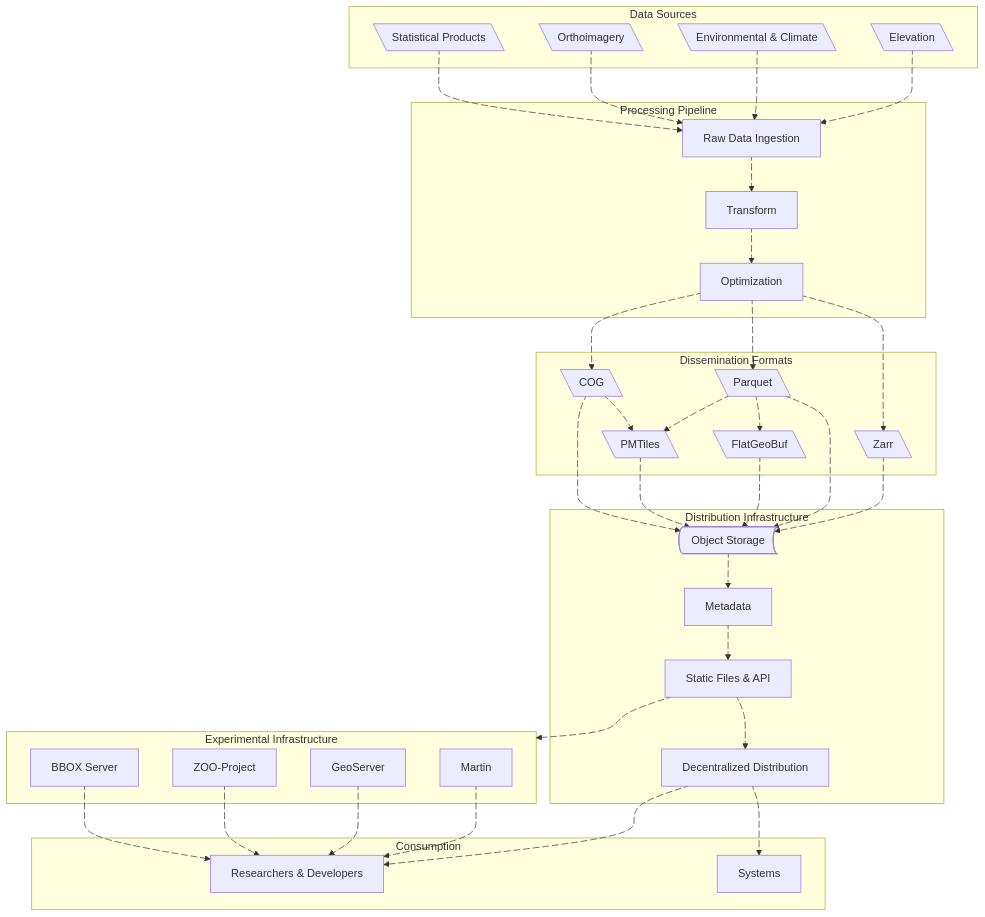
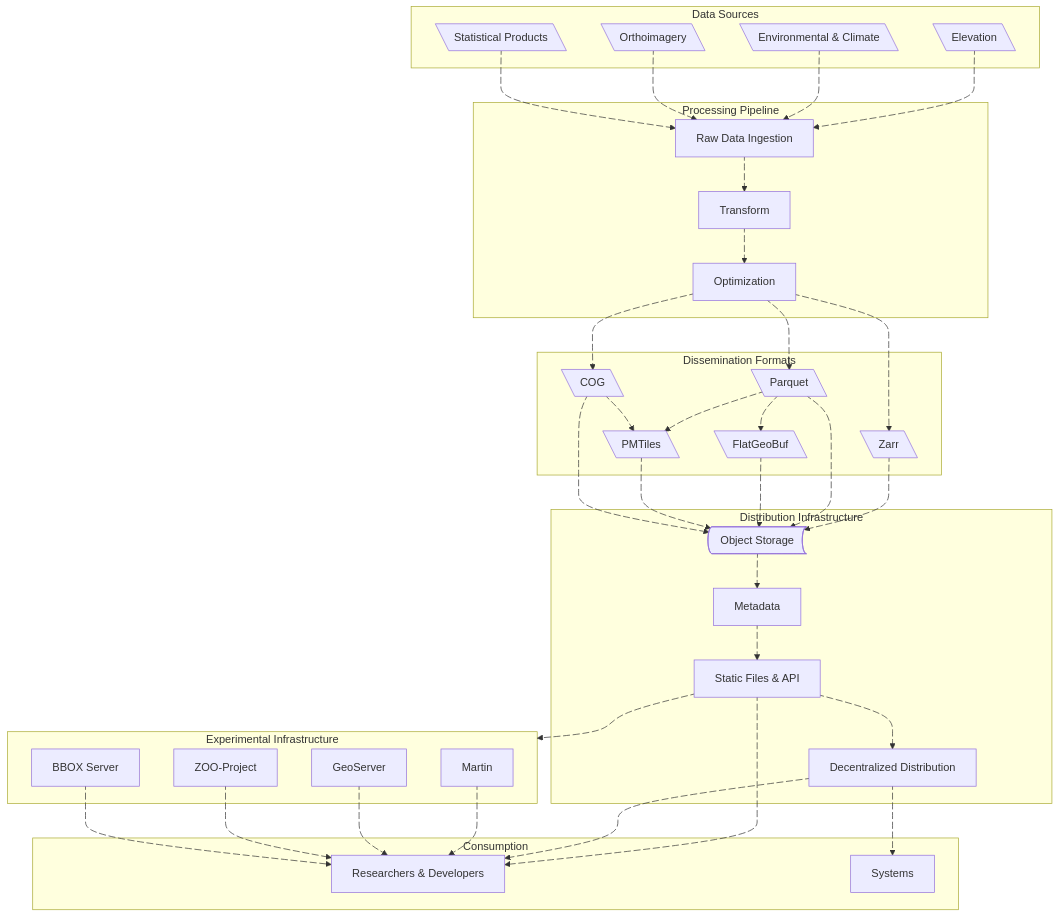
The diagram in content/_index.md (dataforcanada/www.dataforcanada.org), drawn with Mermaid before and after one commit.

Commit message:
Fix link between static files & API to researchers and developers in high-level overview diagram

```diff
--- a/content/_index.md
+++ b/content/_index.md
@@ -105,6 +105,8 @@
     a16@{animate: true, animation: slow}
     HTTP a17@--> DecentralizedDistribution
     a17@{animate: true, animation: slow}
+    HTTP a18@--> DataSci
+    a18@{animate: true, animation: slow}
     DecentralizedDistribution a22@--> Systems
     a22@{animate: true, animation: fast}
     DecentralizedDistribution a23@--> DataSci
```
